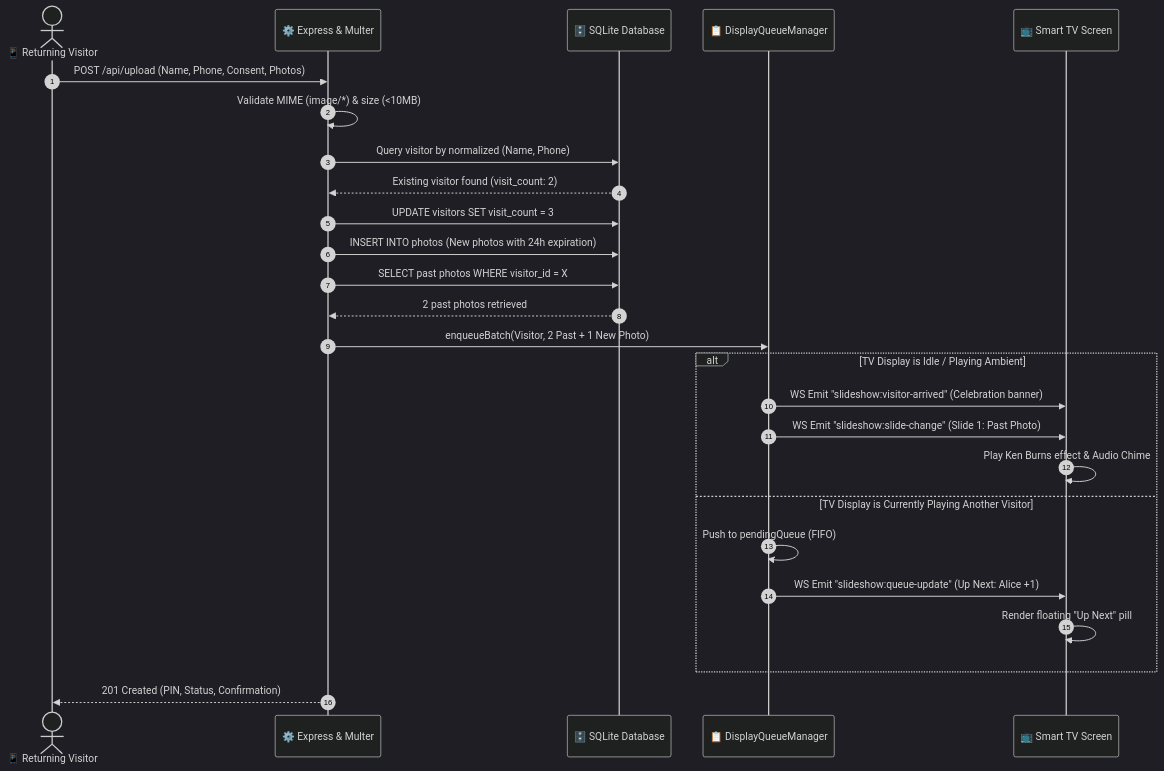
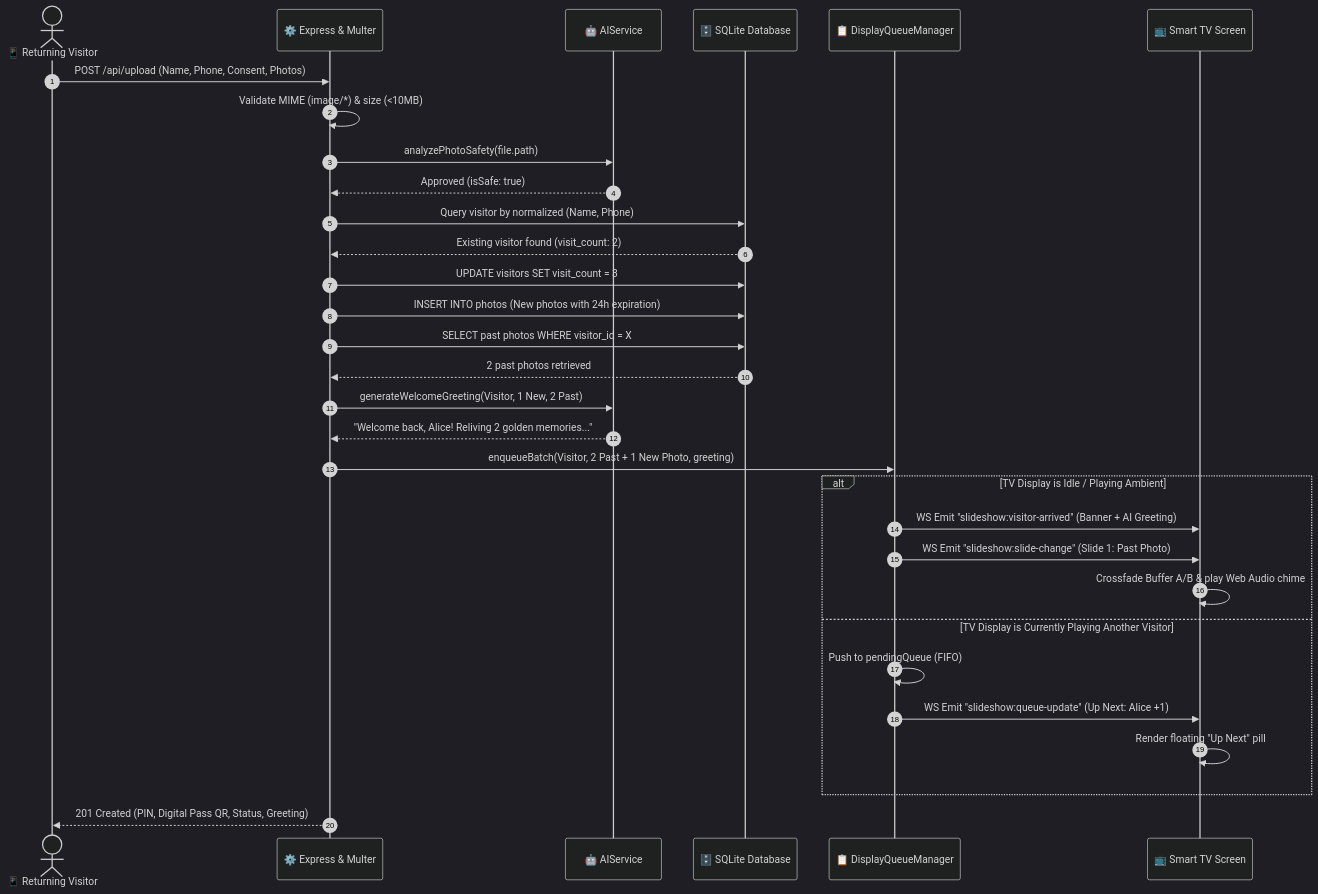
One commit to KetanDabhi0827/project changed the third of 4 diagrams in ARCHITECTURE.md. Above: the diagram before and after it, drawn with Mermaid (dark theme). The commit also changed other lines of this file and 4 other files, not shown here.

Commit message:
docs: update documentation, test plans, and architectural diagrams for advanced features

````diff
--- a/ARCHITECTURE.md
+++ b/ARCHITECTURE.md
@@ -126,31 +136,36 @@
 ```mermaid
 sequenceDiagram
     autonumber
     actor Visitor as 📱 Returning Visitor
     participant Server as ⚙️ Express & Multer
+    participant AI as 🤖 AIService
     participant DB as 🗄️ SQLite Database
     participant Queue as 📋 DisplayQueueManager
     participant TV as 📺 Smart TV Screen
 
     Visitor->>Server: POST /api/upload (Name, Phone, Consent, Photos)
     Server->>Server: Validate MIME (image/*) & size (<10MB)
+    Server->>AI: analyzePhotoSafety(file.path)
+    AI-->>Server: Approved (isSafe: true)
     Server->>DB: Query visitor by normalized (Name, Phone)
     DB-->>Server: Existing visitor found (visit_count: 2)
     Server->>DB: UPDATE visitors SET visit_count = 3
     Server->>DB: INSERT INTO photos (New photos with 24h expiration)
     Server->>DB: SELECT past photos WHERE visitor_id = X
     DB-->>Server: 2 past photos retrieved
-    Server->>Queue: enqueueBatch(Visitor, 2 Past + 1 New Photo)
+    Server->>AI: generateWelcomeGreeting(Visitor, 1 New, 2 Past)
+    AI-->>Server: "Welcome back, Alice! Reliving 2 golden memories..."
+    Server->>Queue: enqueueBatch(Visitor, 2 Past + 1 New Photo, greeting)
     
     alt TV Display is Idle / Playing Ambient
-        Queue->>TV: WS Emit "slideshow:visitor-arrived" (Celebration banner)
+        Queue->>TV: WS Emit "slideshow:visitor-arrived" (Banner + AI Greeting)
         Queue->>TV: WS Emit "slideshow:slide-change" (Slide 1: Past Photo)
-        TV->>TV: Play Ken Burns effect & Audio Chime
+        TV->>TV: Crossfade Buffer A/B & play Web Audio chime
     else TV Display is Currently Playing Another Visitor
         Queue->>Queue: Push to pendingQueue (FIFO)
         Queue->>TV: WS Emit "slideshow:queue-update" (Up Next: Alice +1)
         TV->>TV: Render floating "Up Next" pill
     end
 
-    Server-->>Visitor: 201 Created (PIN, Status, Confirmation)
+    Server-->>Visitor: 201 Created (PIN, Digital Pass QR, Status, Greeting)
 ```
````
